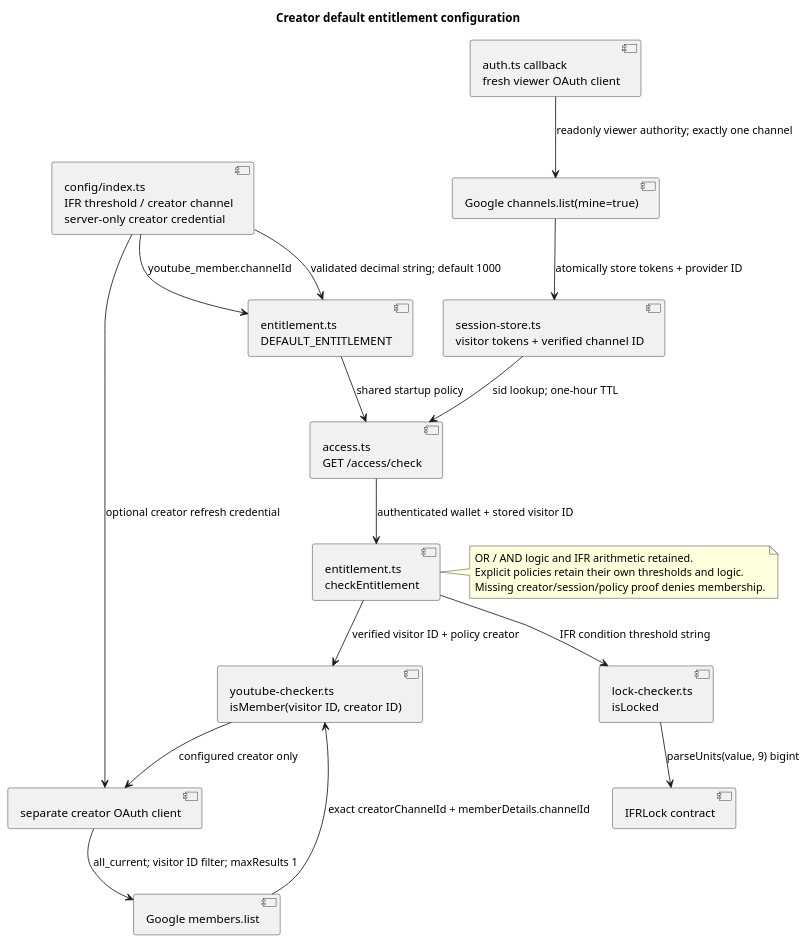
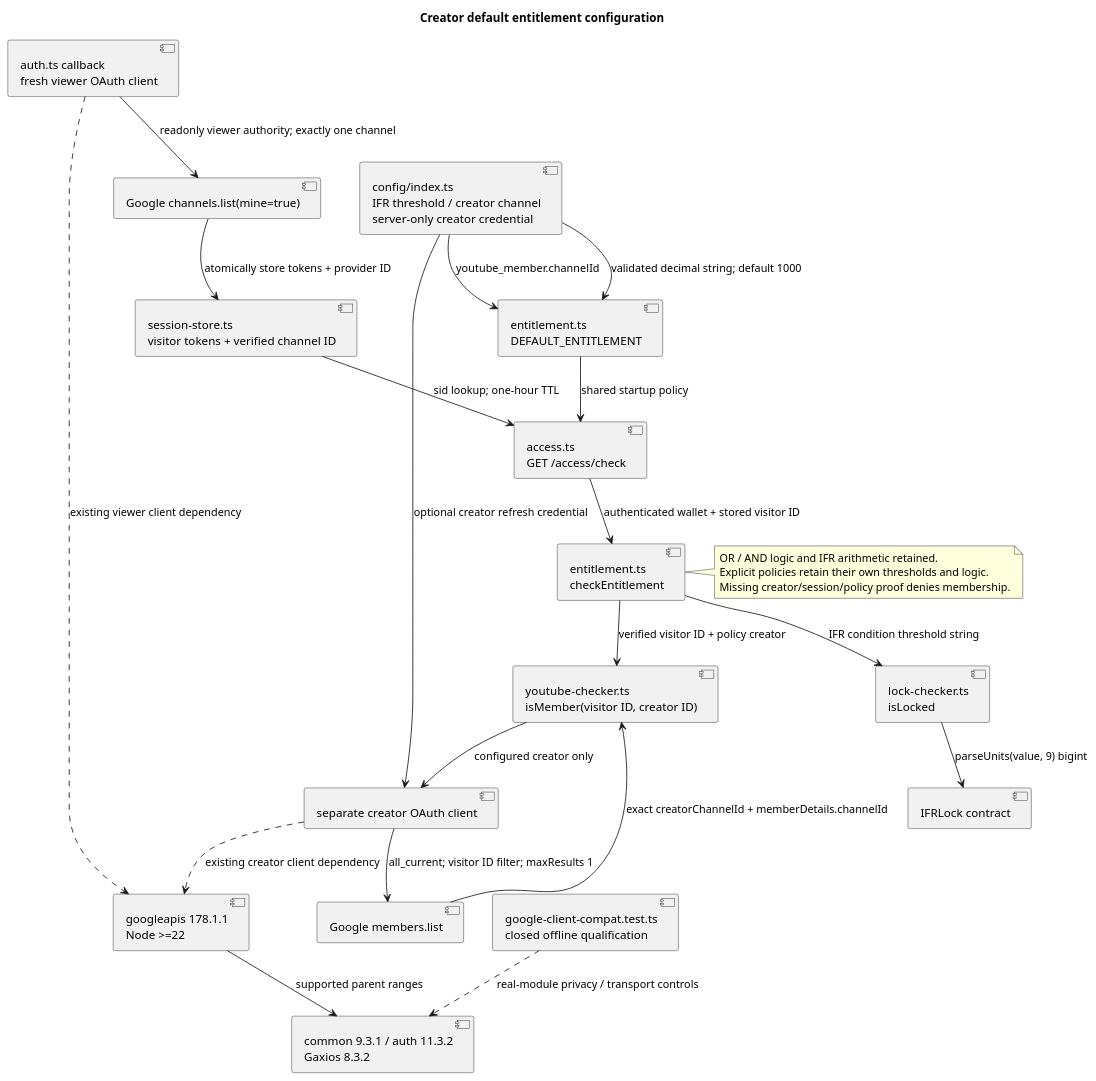
Before and after one commit to NeaBouli/inferno: the eighth of 27 diagrams in docs/architecture/map.puml, drawn with PlantUML. The commit also changed 8 other files, not shown here.

Commit message:
fix(creator): migrate Google client parents to Node 22

```diff
--- a/docs/architecture/map.puml
+++ b/docs/architecture/map.puml
@@ -141,34 +141,41 @@
 @startuml creator_default_entitlement
 title Creator default entitlement configuration
 component "config/index.ts\nIFR threshold / creator channel\nserver-only creator credential" as CreatorConfig
 component "entitlement.ts\nDEFAULT_ENTITLEMENT" as CreatorPolicy
 component "access.ts\nGET /access/check" as CreatorAccess
 component "entitlement.ts\ncheckEntitlement" as CreatorCheck
 component "lock-checker.ts\nisLocked" as CreatorLock
 component "IFRLock contract" as CreatorContract
 component "auth.ts callback\nfresh viewer OAuth client" as CreatorCallback
 component "Google channels.list(mine=true)" as VisitorIdentity
 component "session-store.ts\nvisitor tokens + verified channel ID" as CreatorSession
 component "youtube-checker.ts\nisMember(visitor ID, creator ID)" as MembershipCheck
 component "separate creator OAuth client" as CreatorOAuth
 component "Google members.list" as MembersAPI
+component "googleapis 178.1.1\nNode >=22" as CreatorGoogleClient
+component "common 9.3.1 / auth 11.3.2\nGaxios 8.3.2" as CreatorGoogleTransport
+component "google-client-compat.test.ts\nclosed offline qualification" as CreatorGoogleParentQualification
+CreatorCallback ..> CreatorGoogleClient : existing viewer client dependency
+CreatorOAuth ..> CreatorGoogleClient : existing creator client dependency
+CreatorGoogleClient --> CreatorGoogleTransport : supported parent ranges
+CreatorGoogleParentQualification ..> CreatorGoogleTransport : real-module privacy / transport controls
 CreatorConfig --> CreatorPolicy : validated decimal string; default 1000
 CreatorPolicy --> CreatorAccess : shared startup policy
 CreatorAccess --> CreatorCheck : authenticated wallet + stored visitor ID
 CreatorCheck --> CreatorLock : IFR condition threshold string
 CreatorLock --> CreatorContract : parseUnits(value, 9) bigint
 CreatorCallback --> VisitorIdentity : readonly viewer authority; exactly one channel
 VisitorIdentity --> CreatorSession : atomically store tokens + provider ID
 CreatorSession --> CreatorAccess : sid lookup; one-hour TTL
 CreatorConfig --> CreatorPolicy : youtube_member.channelId
 CreatorCheck --> MembershipCheck : verified visitor ID + policy creator
 CreatorConfig --> CreatorOAuth : optional creator refresh credential
 MembershipCheck --> CreatorOAuth : configured creator only
 CreatorOAuth --> MembersAPI : all_current; visitor ID filter; maxResults 1
 MembersAPI --> MembershipCheck : exact creatorChannelId + memberDetails.channelId
 note right of CreatorCheck
   OR / AND logic and IFR arithmetic retained.
   Explicit policies retain their own thresholds and logic.
   Missing creator/session/policy proof denies membership.
 end note
 @enduml
```
